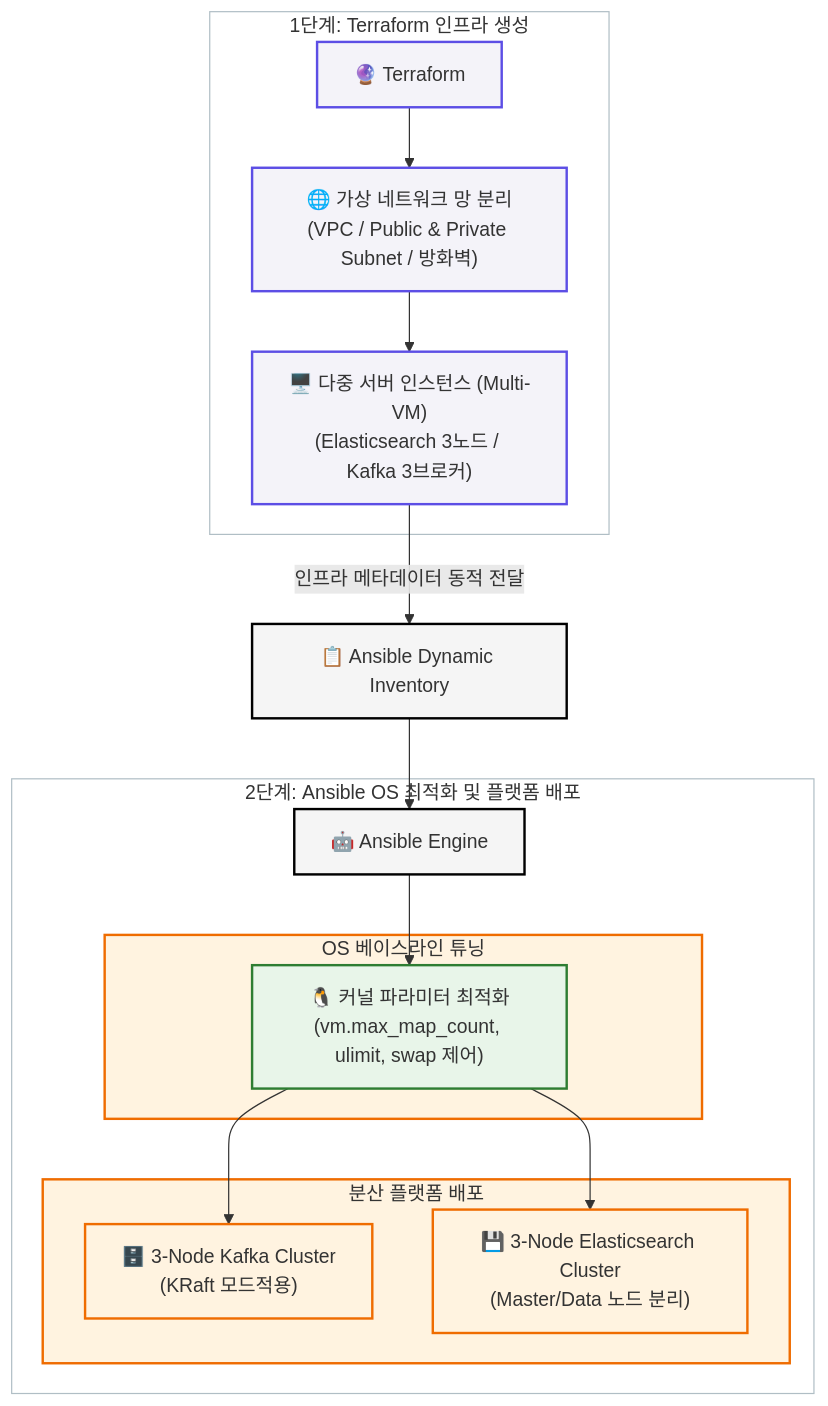
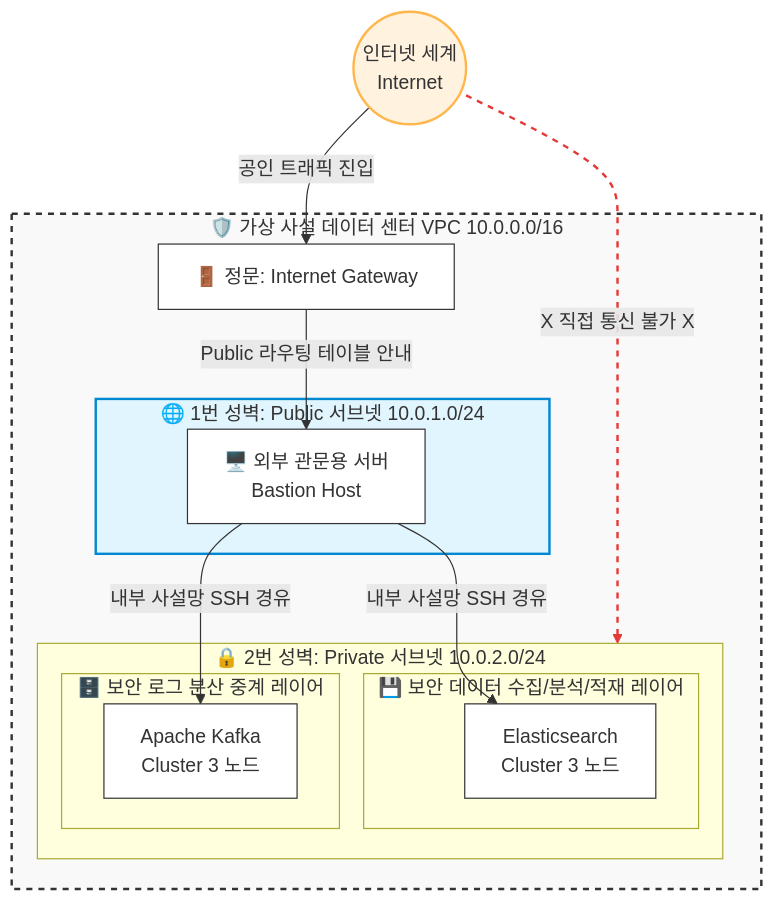
One commit to dra2sun7/automated-ha-cluster-ops changed the diagram in README.md. Above: the diagram before and after it, drawn with Mermaid. The commit also changed other lines of this file, not shown here.

````diff
--- a/README.md
+++ b/README.md
@@ -9,50 +24,50 @@
 ```mermaid
 graph TD
-    %% 스타일 정의
-    classDef tform fill:#f4f3f9,stroke:#5c4ee5,stroke-width:2px;
-    classDef ans fill:#f5f5f5,stroke:#000000,stroke-width:2px;
-    classDef os fill:#e8f5e9,stroke:#2e7d32,stroke-width:2px;
-    classDef cluster fill:#fff3e0,stroke:#ef6c00,stroke-width:2px;
+    %% 글로벌 스타일 정의
+    classDef vpcStyle fill:#f9f9f9,stroke:#333,stroke-width:2px,stroke-dasharray: 5 5;
+    classDef publicStyle fill:#e1f5fe,stroke:#0288d1,stroke-width:2px;
+    classDef privateStyle fill:#efebe9,stroke:#5d4037,stroke-width:2px;
+    classDef nodeStyle fill:#fff,stroke:#333,stroke-width:1px;
+    classDef internetStyle fill:#fff3e0,stroke:#ffb74d,stroke-width:2px;
 
-    %% 1단계: Terraform 프로비저닝
-    subgraph Provisioning_Layer [1단계: Terraform 인프라 생성]
-        TF[🔮 Terraform]
-        VPC["🌐 가상 네트워크 망 분리<br/>(VPC / Public & Private Subnet / 방화벽)"]
-        VMs["🖥️ 다중 서버 인스턴스 (Multi-VM)<br/>(Elasticsearch 3노드 / Kafka 3브로커)"]
+    %% 외부 인터넷 세계
+    Internet((인터넷 세계<br>Internet)):::internetStyle
+
+    %% AWS VPC 경계
+    subgraph VPC [🛡️ 가상 사설 데이터 센터 VPC 10.0.0.0/16]
+        IGW[🚪 정문: Internet Gateway]:::nodeStyle
         
-        TF --> VPC
-        VPC --> VMs
+        %% Public 서브넷 구역
+        subgraph PublicSubnet [🌐 1번 성벽: Public 서브넷 10.0.1.0/24]
+            Bastion[🖥️ 외부 관문용 서버<br>Bastion Host]:::nodeStyle
+        end
+        
+        %% Private 서브넷 구역
+        subgraph PrivateSubnet [🔒 2번 성벽: Private 서브넷 10.0.2.0/24]
+            subgraph KafkaCluster [🗄️ 보안 로그 분산 중계 레이어]
+                Kafka[Apache Kafka<br>Cluster 3 노드]:::nodeStyle
+            end
+            
+            subgraph ESCluster [💾 보안 데이터 수집/분석/적재 레이어]
+                ES[Elasticsearch<br>Cluster 3 노드]:::nodeStyle
+            end
+        end
     end
 
-    %% 2단계: Dynamic Inventory 연동
-    VMs -->|인프라 메타데이터 동적 전달| AI[📋 Ansible Dynamic Inventory]
+    %% 클래스 지정
+    class VPC vpcStyle;
+    class PublicSubnet publicStyle;
+    class PrivateSubnet privateStyle;
 
-    %% 3단계: Ansible 형상관리 및 최적화
-    subgraph Configuration_Layer [2단계: Ansible OS 최적화 및 플랫폼 배포]
-        AN[🤖 Ansible Engine]
-        
-        subgraph Role_1 [OS 베이스라인 튜닝]
-            OS["🐧 커널 파라미터 최적화<br/>(vm.max_map_count, ulimit, swap 제어)"]
-        end
-        
-        subgraph Role_2 [분산 플랫폼 배포]
-            KF["🗄️ 3-Node Kafka Cluster<br/>(KRaft 모드적용)"]
-            ES["💾 3-Node Elasticsearch Cluster<br/>(Master/Data 노드 분리)"]
-        end
-        
-        AN --> OS
-        OS --> KF
-        OS --> ES
-    end
+    %% 트래픽 흐름 및 차단 관계 선언
+    Internet -->|공인 트래픽 진입| IGW
+    IGW -->|Public 라우팅 테이블 안내| Bastion
+    Bastion -->|내부 사설망 SSH 경유| Kafka
+    Bastion -->|내부 사설망 SSH 경유| ES
+    
+    %% 외부 차단선 표현
+    Internet -.->|X 직접 통신 불가 X| PrivateSubnet
 
-    AI --> AN
-
-    %% 스타일 적용
-    class TF,VPC,VMs tform;
-    class AN,AI ans;
-    class OS os;
-    class KF,ES cluster;
-
-    style Provisioning_Layer fill:none,stroke:#b0bec5,stroke-width:1px;
-    style Configuration_Layer fill:none,stroke:#b0bec5,stroke-width:1px;
+    %% 링크 스타일링 (차단선 빨간색 강조)
+    linkStyle 4 stroke:#e53935,stroke-width:2px,stroke-dasharray: 5 5;
 ```
````
